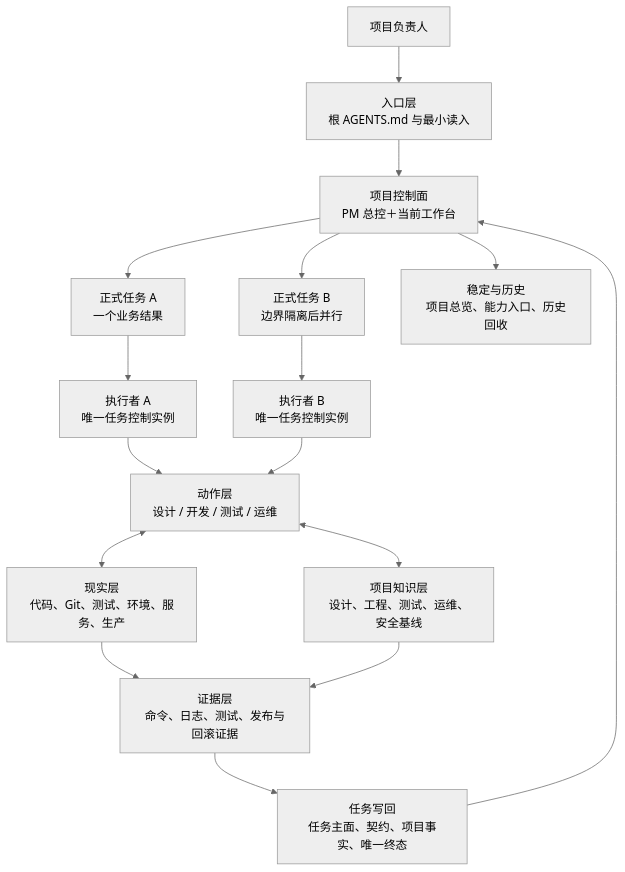
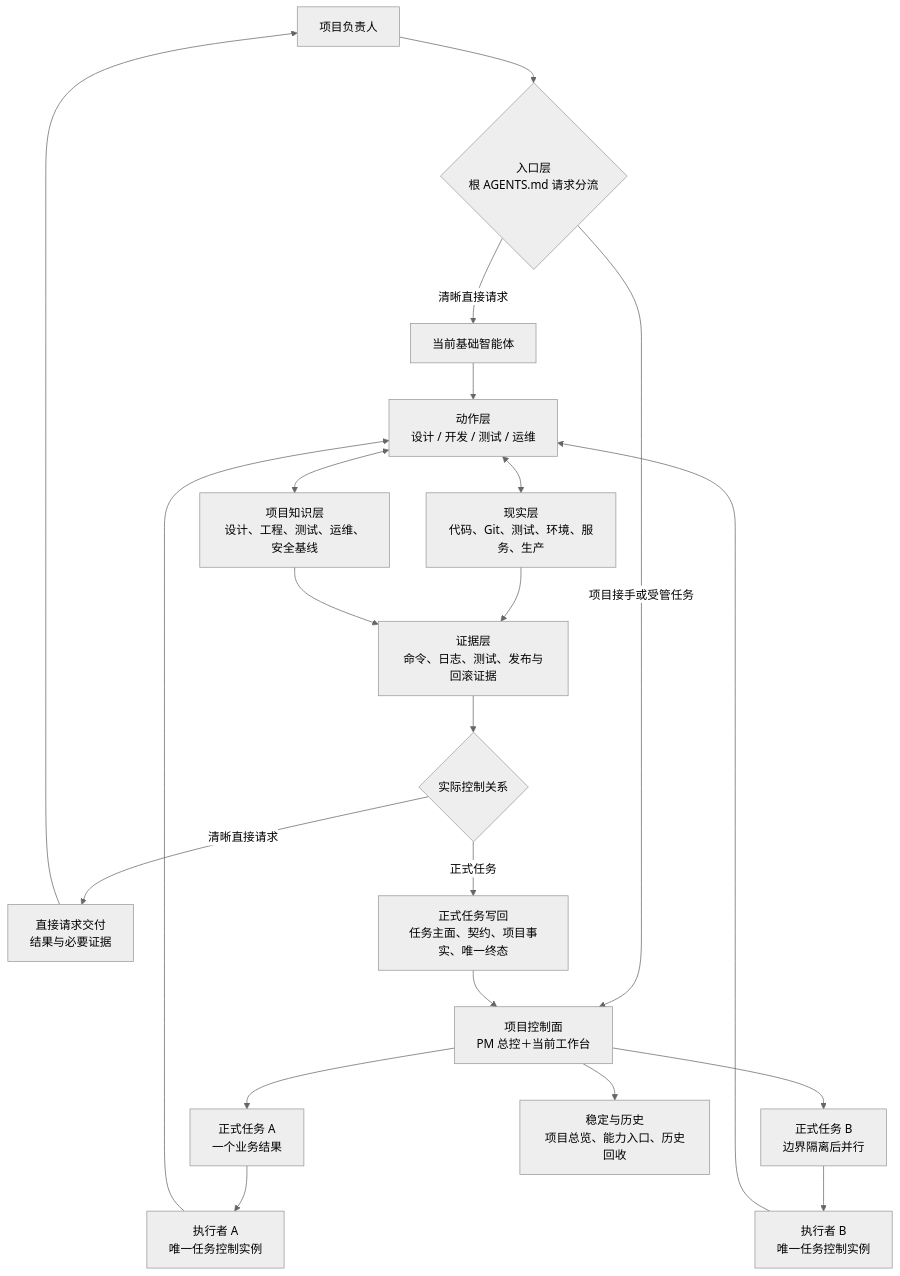
One commit to adubeyond/beyond-ai-collaboration changed the first of 8 diagrams in docs/系统架构与运行机制.md. Above: the diagram before and after it, drawn with Mermaid (neutral theme). The commit also changed other lines of this file and 60 other files, not shown here.

````diff
--- a/docs/系统架构与运行机制.md
+++ b/docs/系统架构与运行机制.md
@@ -60,24 +64,29 @@
 ```mermaid
 flowchart TD
-    U["项目负责人"] --> ENTRY["入口层\n根 AGENTS.md 与最小读入"]
+    U["项目负责人"] --> ENTRY{"入口层\n根 AGENTS.md 请求分流"}
 
-    ENTRY --> CONTROL["项目控制面\nPM 总控＋当前工作台"]
+    ENTRY -->|"清晰直接请求"| DIRECT["当前基础智能体"]
+    ENTRY -->|"项目接手或受管任务"| CONTROL["项目控制面\nPM 总控＋当前工作台"]
     CONTROL --> T1["正式任务 A\n一个业务结果"]
     CONTROL --> T2["正式任务 B\n边界隔离后并行"]
 
     T1 --> W1["执行者 A\n唯一任务控制实例"]
     T2 --> W2["执行者 B\n唯一任务控制实例"]
 
-    W1 --> ACTIONS["动作层\n设计 / 开发 / 测试 / 运维"]
+    DIRECT --> ACTIONS["动作层\n设计 / 开发 / 测试 / 运维"]
+    W1 --> ACTIONS
     W2 --> ACTIONS
 
     ACTIONS <--> FACTS["项目知识层\n设计、工程、测试、运维、安全基线"]
     ACTIONS <--> REALITY["现实层\n代码、Git、测试、环境、服务、生产"]
 
     REALITY --> EVIDENCE["证据层\n命令、日志、测试、发布与回滚证据"]
     FACTS --> EVIDENCE
 
-    EVIDENCE --> TASKWRITE["任务写回\n任务主面、契约、项目事实、唯一终态"]
+    EVIDENCE --> RELATION{"实际控制关系"}
+    RELATION -->|"清晰直接请求"| DIRECTOUT["直接请求交付\n结果与必要证据"]
+    DIRECTOUT --> U
+    RELATION -->|"正式任务"| TASKWRITE["正式任务写回\n任务主面、契约、项目事实、唯一终态"]
     TASKWRITE --> CONTROL
     CONTROL --> STABLE["稳定与历史\n项目总览、能力入口、历史回收"]
 ```
````
